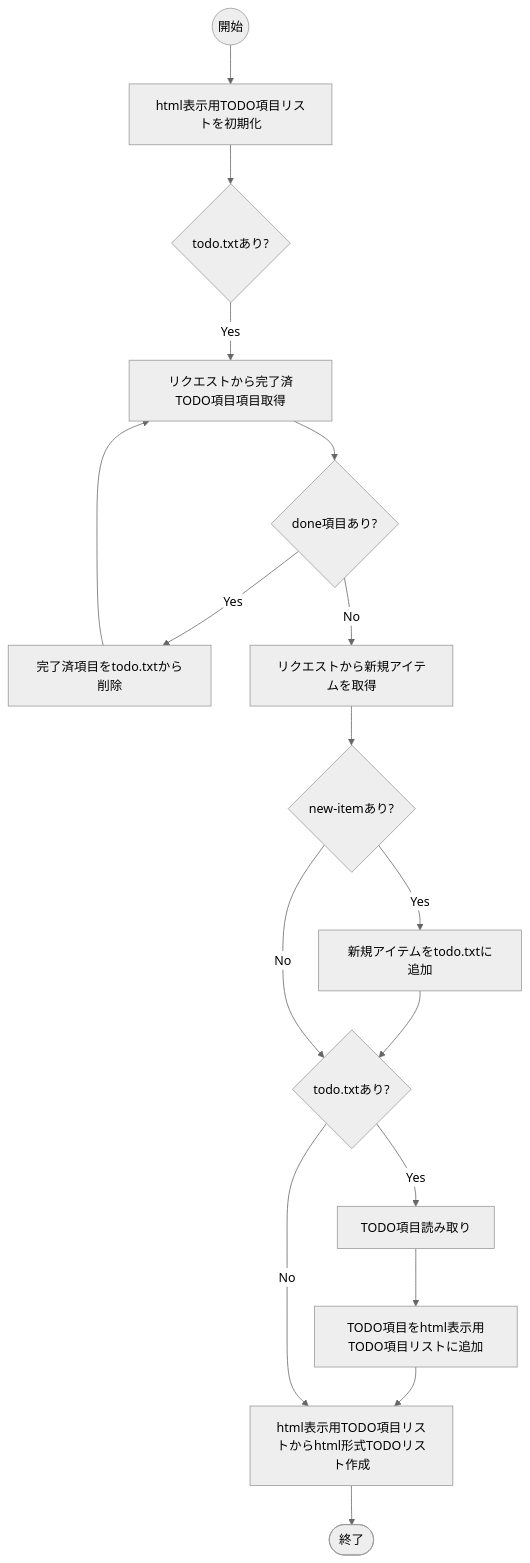
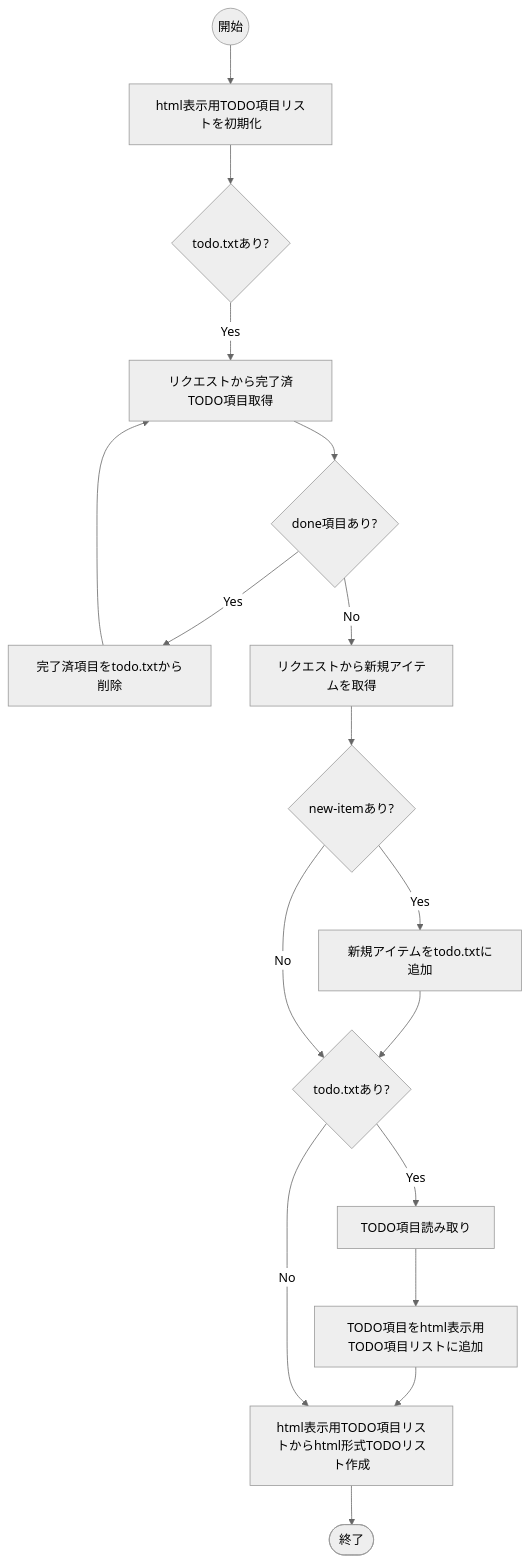
One commit to oc-soft/eg-http-python changed the diagram in docroot/spec/todo-spec/post-todo-flow.mermaid. Above: the diagram before and after it, drawn with Mermaid (neutral theme).

Commit message:
I fixed a typo.

```diff
--- a/docroot/spec/todo-spec/post-todo-flow.mermaid
+++ b/docroot/spec/todo-spec/post-todo-flow.mermaid
@@ -1,34 +1,34 @@
 flowchart TD
 
   start000@{ shape: circle, label: "開始" }
   end000@{ shape: stadium, label: "終了" }
 
   init010@{ shape: rect, label: "html表示用TODO項目リストを初期化" }
 
-  proc010@{ shape: rect, label: "リクエストから完了済TODO項目項目取得" }
+  proc010@{ shape: rect, label: "リクエストから完了済TODO項目取得" }
   proc020@{ shape: rect, label: "完了済項目をtodo.txtから削除" }
   proc030@{ shape: rect, label: "リクエストから新規アイテムを取得" }
   proc040@{ shape: rect, label: "新規アイテムをtodo.txtに追加" }
 
   
   proc050@{shape: rect, label: "TODO項目読み取り"}
   proc060@{shape: rect, label: "TODO項目をhtml表示用TODO項目リストに追加"}
 
   proc100@{shape: rect, label: "html表示用TODO項目リストからhtml形式TODOリスト作成" }
  
   
   dec010@{ shape: diamond, label: "todo.txtあり?"}
   dec020@{ shape: diamond, label: "done項目あり?" }
   dec030@{ shape: diamond, label: "new-itemあり?" }
   dec040@{ shape: diamond, label: "todo.txtあり?"}
 
   start000 --> init010 --> dec010
   dec010 -- Yes --> proc010 --> dec020
 
   dec020 -- Yes --> proc020 --> proc010
   dec020 -- No --> proc030 --> dec030
   dec030 -- Yes --> proc040 --> dec040
   dec030 -- No --> dec040 
   dec040 -- Yes --> proc050 --> proc060 --> proc100
   dec040 -- No --> proc100
   proc100 --> end000 
```
